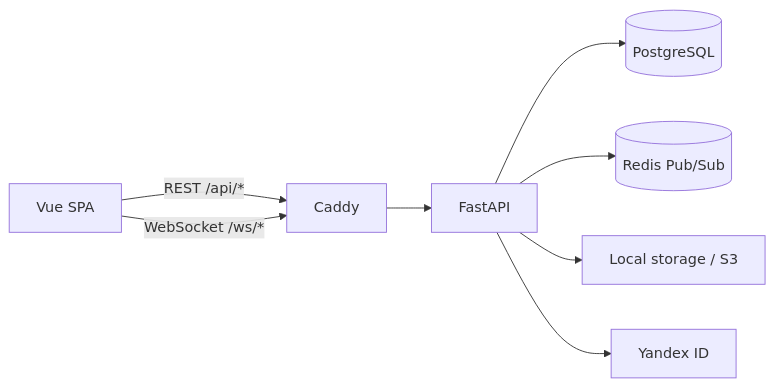
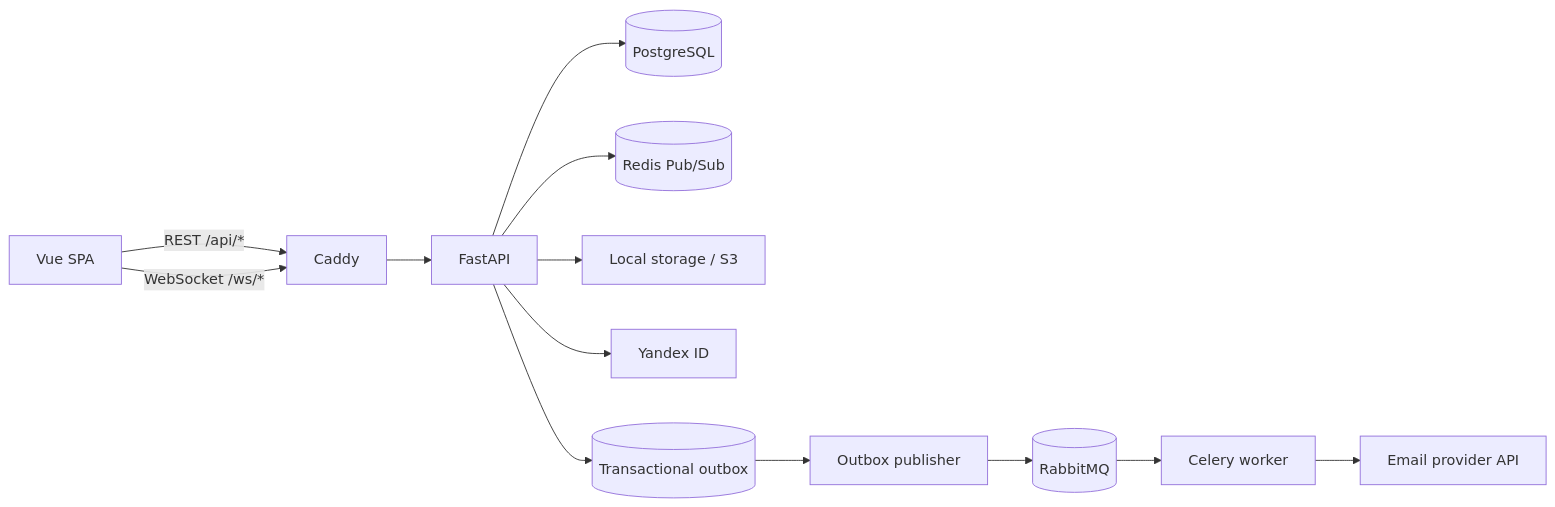
The diagram in README.md (Ilm1n/Kantano), drawn with Mermaid before and after one commit. The commit also changed other lines of this file and 7 other files, not shown here.

````diff
--- a/README.md
+++ b/README.md
@@ -33,10 +34,15 @@
 ```mermaid
 flowchart LR
     browser["Vue SPA"] -->|"REST /api/*"| gateway["Caddy"]
     browser -->|"WebSocket /ws/*"| gateway
     gateway --> api["FastAPI"]
     api --> db[("PostgreSQL")]
     api --> redis[("Redis Pub/Sub")]
     api --> storage["Local storage / S3"]
     api --> yandex["Yandex ID"]
+    api --> outbox[("Transactional outbox")]
+    outbox --> publisher["Outbox publisher"]
+    publisher --> rabbit[("RabbitMQ")]
+    rabbit --> worker["Celery worker"]
+    worker --> email["Email provider API"]
 ```
````
